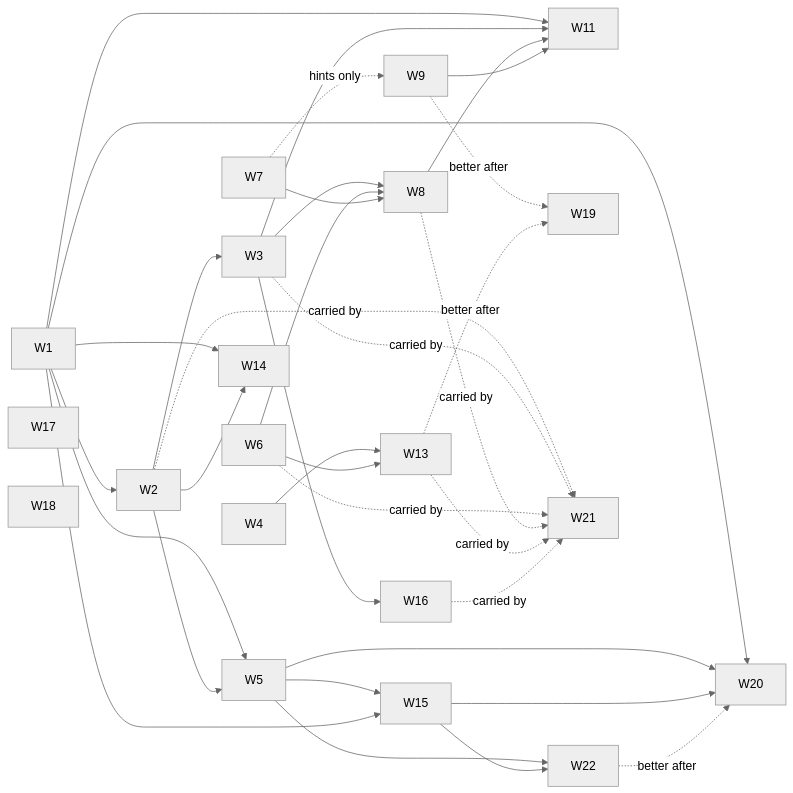
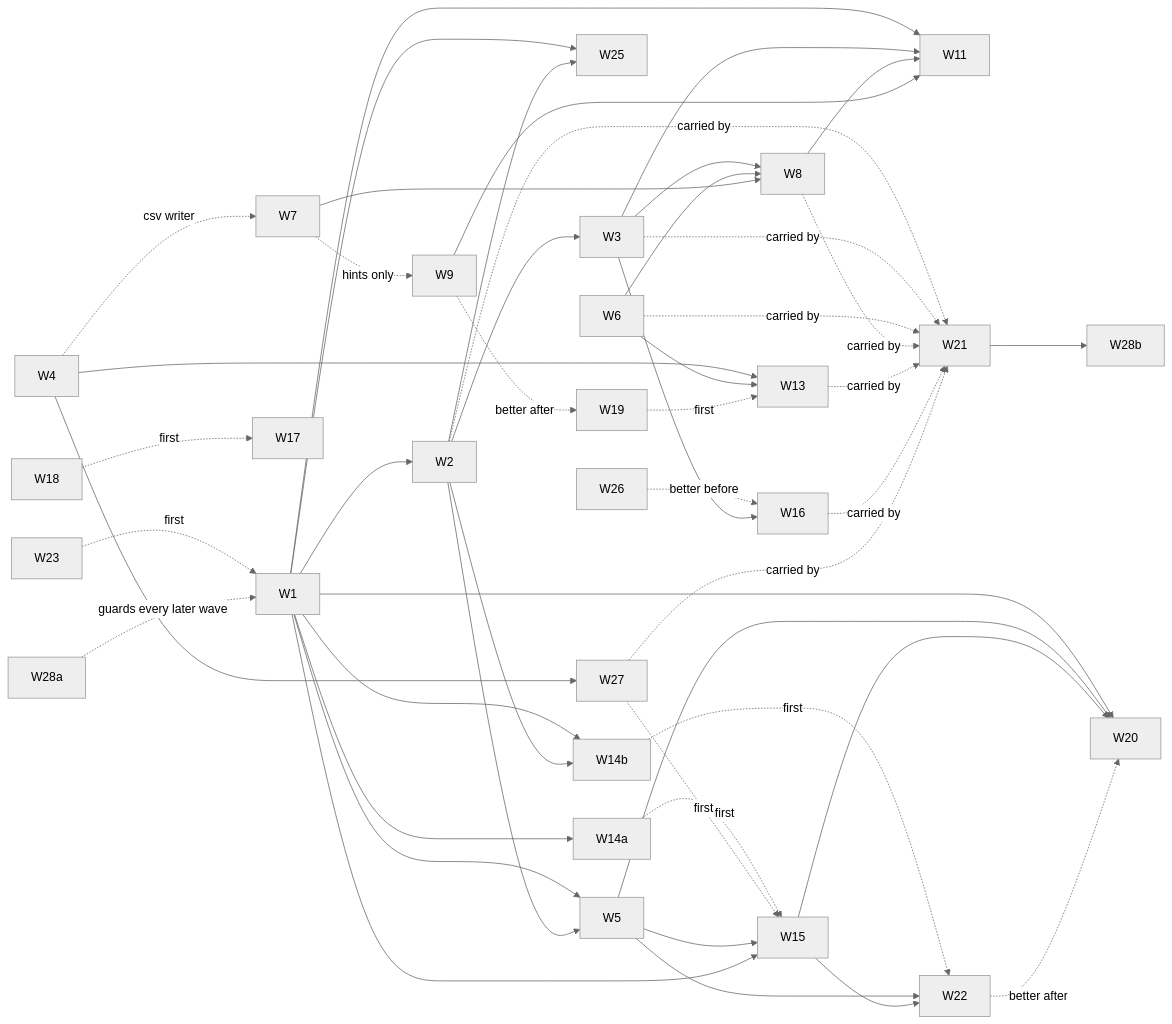
One commit to AbhishekR3/designPerspectives changed the diagram in docs/waves/README.md. Above: the diagram before and after it, drawn with Mermaid (neutral theme). The commit also changed other lines of this file and 35 other files, not shown here.

````diff
--- a/docs/waves/README.md
+++ b/docs/waves/README.md
@@ -62,19 +69,30 @@
 ```mermaid
 graph LR
+  W23 -.first.-> W1
+  W28a -.guards every later wave.-> W1
   W1 --> W2 --> W3
+  W1 & W2 --> W25
+  W26 -.better before.-> W16
   W3 --> W16
+  W4 --> W27
+  W4 -.csv writer.-> W7
   W1 & W2 --> W5
+  W1 --> W14a
+  W14a -.first.-> W15
+  W27 -.first.-> W15
   W3 & W6 & W7 --> W8
   W7 -.hints only.-> W9
   W1 & W3 & W8 & W9 --> W11
+  W18 -.first.-> W17
   W1 & W5 & W15 --> W20
   W4 & W6 --> W13
-  W1 & W2 --> W14
+  W19 -.first.-> W13
+  W1 & W2 --> W14b
+  W14b -.first.-> W22
   W5 & W1 --> W15
   W5 & W15 --> W22
   W22 -.better after.-> W20
-  W9 & W13 -.better after.-> W19
-  W2 & W3 & W6 & W8 & W13 & W16 -.carried by.-> W21
-  W17
-  W18
+  W9 -.better after.-> W19
+  W2 & W3 & W6 & W8 & W13 & W16 & W27 -.carried by.-> W21
+  W21 --> W28b
 ```
````
